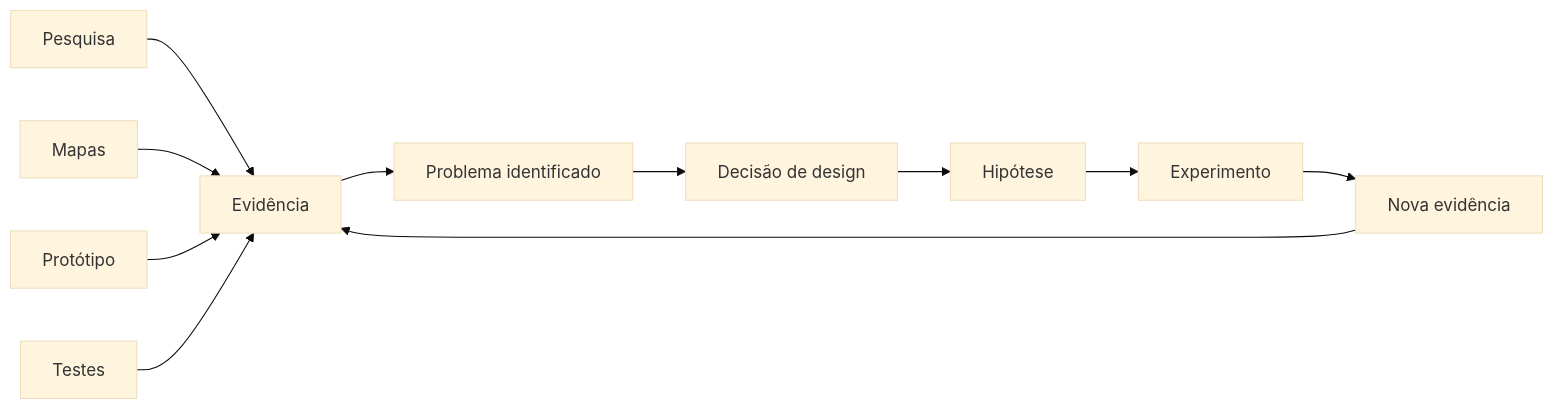
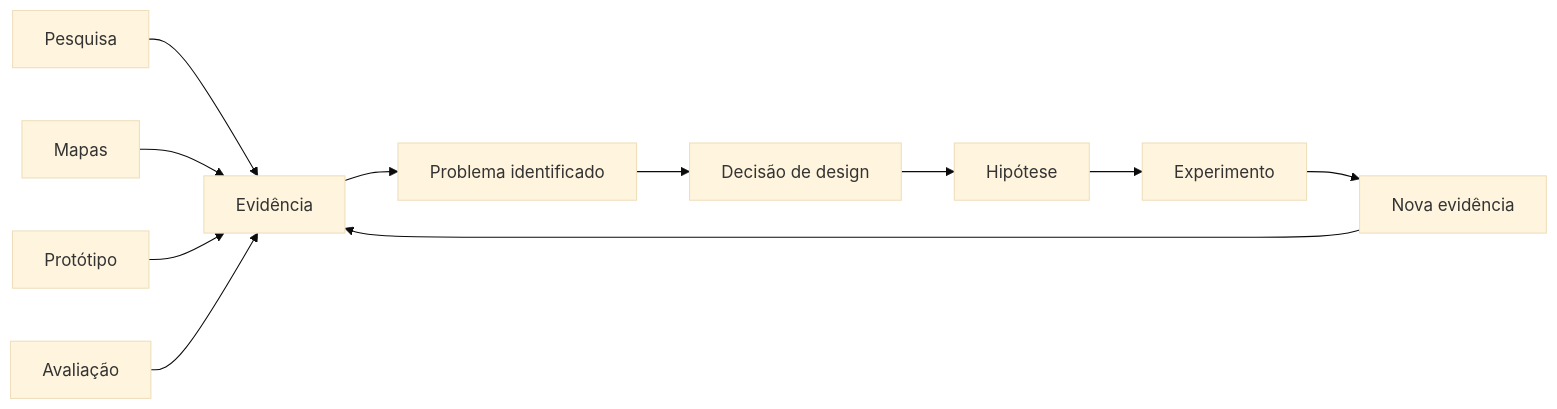
One commit to sanfergio/at-ux-infnet changed diagram 11 of 17 in portfolio.md. Above: the diagram before and after it, drawn with Mermaid (base theme). The commit also changed other lines of this file, not shown here.

````diff
--- a/portfolio.md
+++ b/portfolio.md
@@ -406,14 +429,19 @@
 ```mermaid
 flowchart LR
-    A["Pesquisa"] --> E["Evidência"]
-    B["Mapas"] --> E
-    C["Protótipo"] --> E
-    D["Testes"] --> E
+    A["Pesquisa"]
+    B["Mapas"]
+    C["Protótipo"]
+    D["Avaliação"]
+    
+    A --> E["Evidência"]
+    B --> E
+    C --> E
+    D --> E
 
     E --> F["Problema identificado"]
     F --> G["Decisão de design"]
     G --> H["Hipótese"]
     H --> I["Experimento"]
     I --> J["Nova evidência"]
     J --> E
 ```
````
